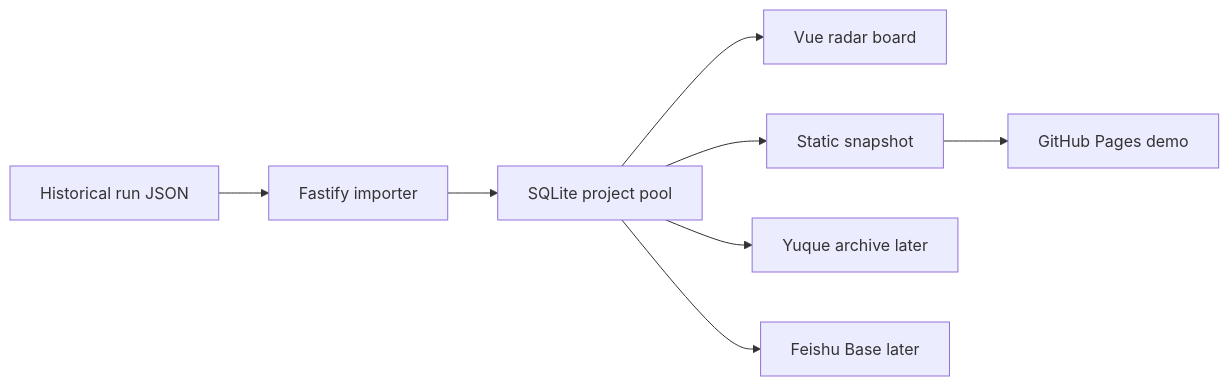
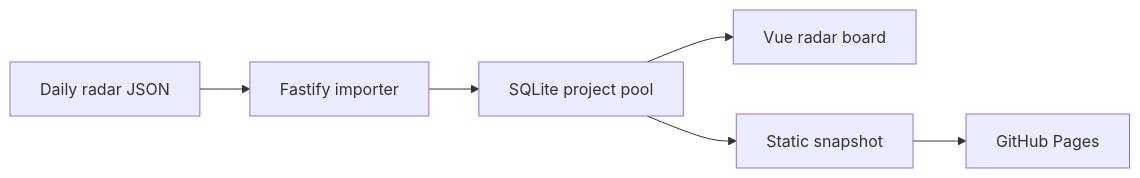
The diagram in README.en.md (brocademaple/ai-daily-product-radar), drawn with Mermaid before and after one commit. The commit also changed other lines of this file and 18 other files, not shown here.

Commit message:
Polish radar Pages and README

````diff
--- a/README.en.md
+++ b/README.en.md
@@ -46,10 +60,8 @@
 ```mermaid
 flowchart LR
-  A["Historical run JSON"] --> B["Fastify importer"]
+  A["Daily radar JSON"] --> B["Fastify importer"]
   B --> C["SQLite project pool"]
   C --> D["Vue radar board"]
   C --> E["Static snapshot"]
-  E --> F["GitHub Pages demo"]
-  C --> G["Yuque archive later"]
-  C --> H["Feishu Base later"]
+  E --> F["GitHub Pages"]
 ```
````
